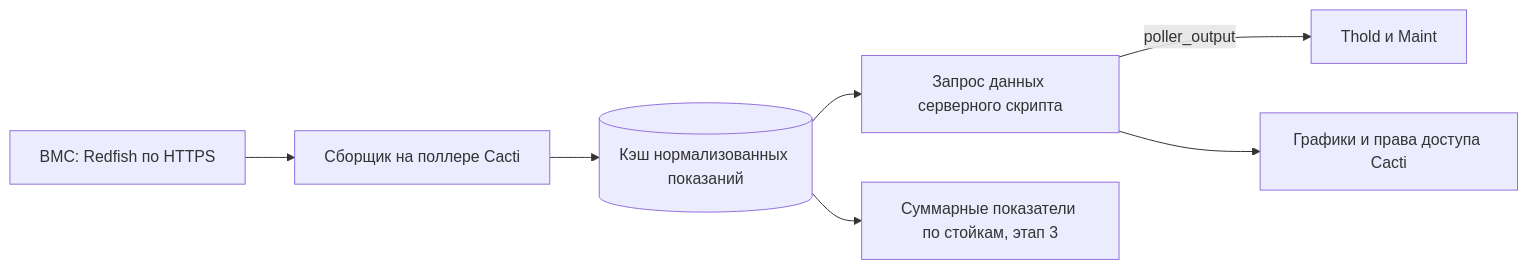
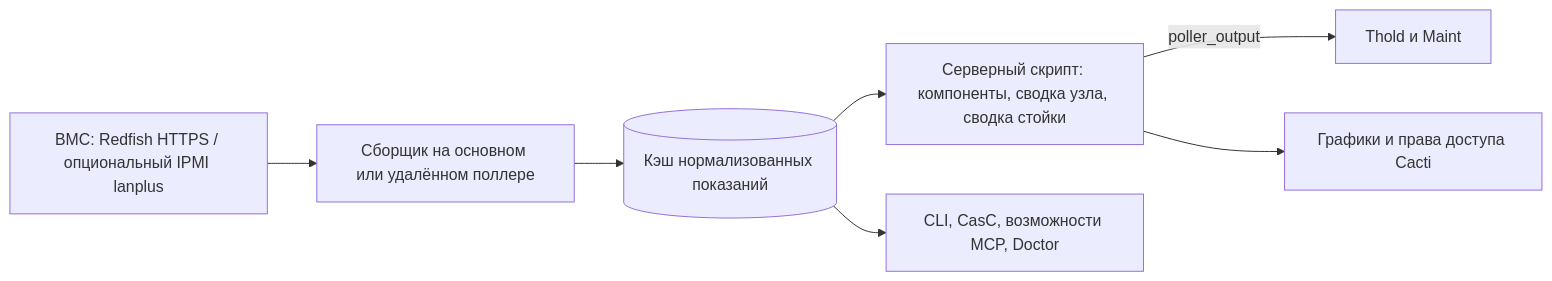
One commit to somethingwithproof/plugin_redfish changed the diagram in docs/i18n/ru-RU/README.md. Above: the diagram before and after it, drawn with Mermaid. The commit also changed other lines of this file and 47 other files, not shown here.

````diff
--- a/docs/i18n/ru-RU/README.md
+++ b/docs/i18n/ru-RU/README.md
@@ -90,9 +140,9 @@
 ```mermaid
 flowchart LR
-    BMC[BMC: Redfish по HTTPS] --> C[Сборщик на поллере Cacti]
+    BMC["BMC: Redfish HTTPS / опциональный IPMI lanplus"] --> C["Сборщик на основном или удалённом поллере"]
     C --> CACHE[(Кэш нормализованных показаний)]
-    CACHE --> SS[Запрос данных серверного скрипта]
+    CACHE --> SS["Серверный скрипт: компоненты, сводка узла, сводка стойки"]
     SS -->|poller_output| T[Thold и Maint]
     SS --> G[Графики и права доступа Cacti]
-    CACHE --> R[Суммарные показатели по стойкам, этап 3]
+    CACHE --> ECO["CLI, CasC, возможности MCP, Doctor"]
 ```
````
